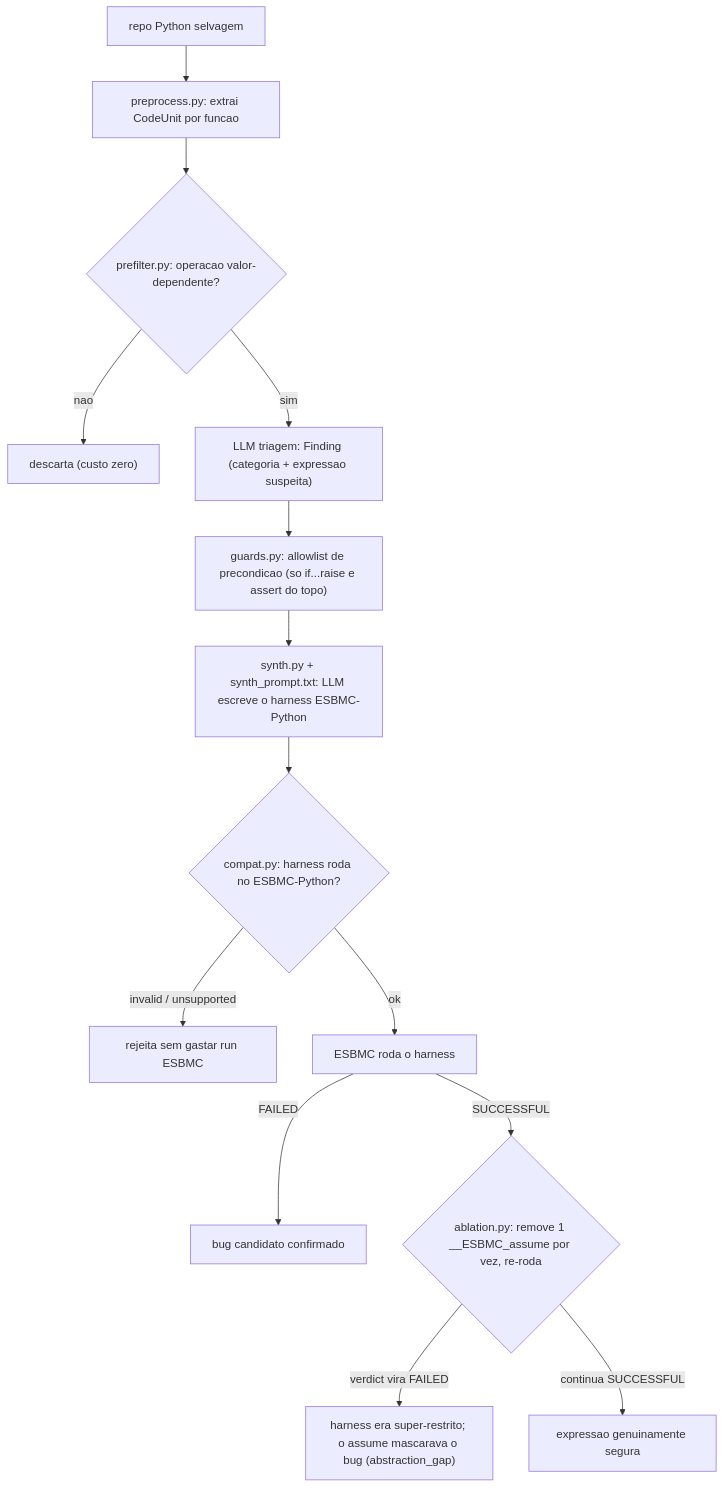
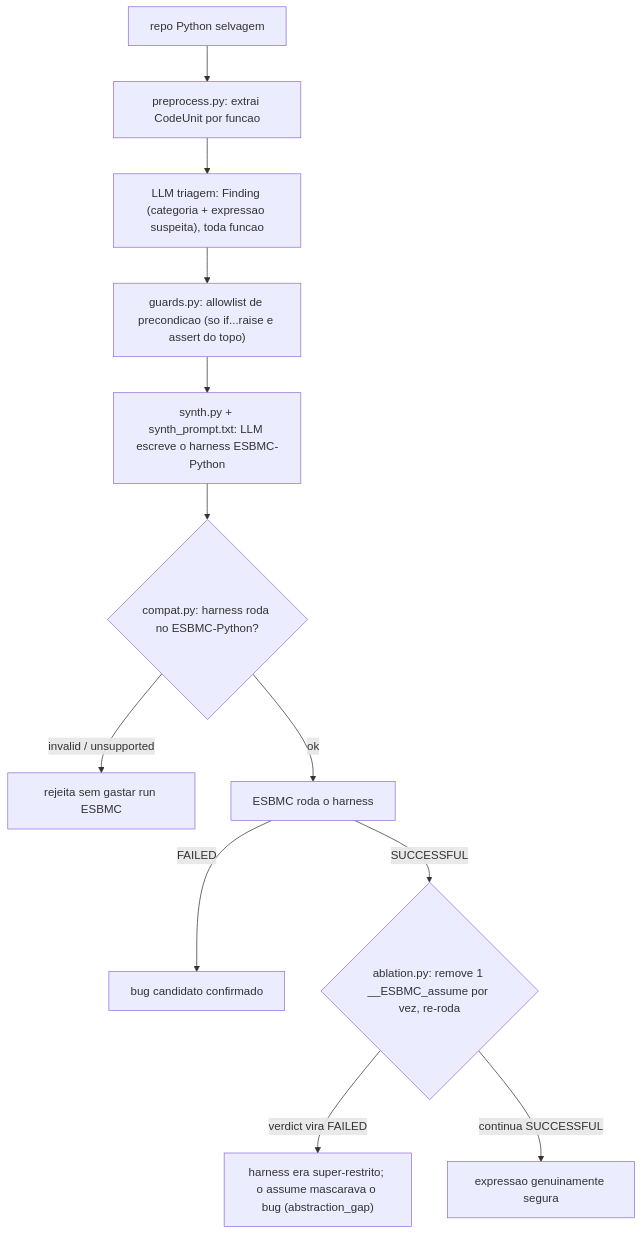
The diagram in docs/v2_scan_mode_fluxo.md (feralice/llm-esbmc-pipeline), drawn with Mermaid before and after one commit. The commit also changed other lines of this file and 3 other files, not shown here.

````diff
--- a/docs/v2_scan_mode_fluxo.md
+++ b/docs/v2_scan_mode_fluxo.md
@@ -13,16 +18,14 @@
 ```mermaid
 flowchart TD
   A[repo Python selvagem] --> B["preprocess.py: extrai CodeUnit por funcao"]
-  B --> C{"prefilter.py: operacao valor-dependente?"}
-  C -->|nao| X["descarta (custo zero)"]
-  C -->|sim| D["LLM triagem: Finding (categoria + expressao suspeita)"]
+  B --> D["LLM triagem: Finding (categoria + expressao suspeita), toda funcao"]
   D --> E["guards.py: allowlist de precondicao (so if...raise e assert do topo)"]
   E --> F["synth.py + synth_prompt.txt: LLM escreve o harness ESBMC-Python"]
   F --> G{"compat.py: harness roda no ESBMC-Python?"}
   G -->|invalid / unsupported| Y["rejeita sem gastar run ESBMC"]
   G -->|ok| H[ESBMC roda o harness]
   H -->|FAILED| I[bug candidato confirmado]
   H -->|SUCCESSFUL| J{"ablation.py: remove 1 __ESBMC_assume por vez, re-roda"}
   J -->|verdict vira FAILED| K["harness era super-restrito; o assume mascarava o bug (abstraction_gap)"]
   J -->|continua SUCCESSFUL| L[expressao genuinamente segura]
 ```
````
